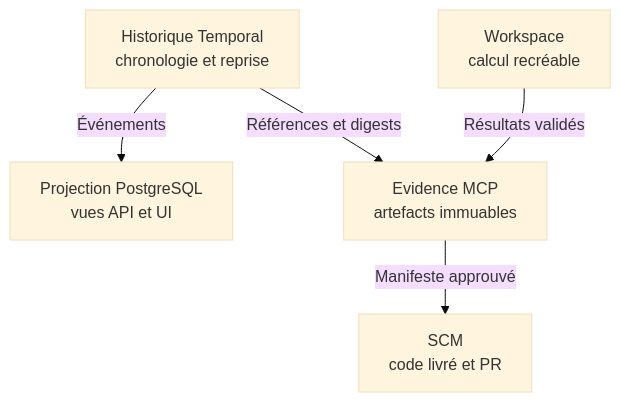
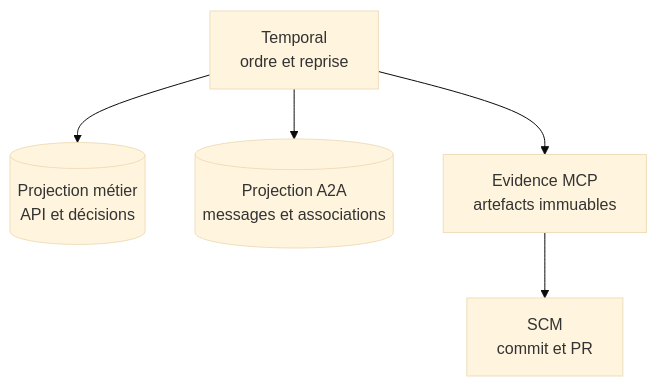
The fifth of 6 diagrams in docs/overview/architecture-overview.md (dbeaumont/ai-software-factory-local), drawn with Mermaid (base theme) before and after one commit. The commit also changed other lines of this file and 28 other files, not shown here.

````diff
--- a/docs/overview/architecture-overview.md
+++ b/docs/overview/architecture-overview.md
@@ -645,13 +149,7 @@
 ```mermaid
 flowchart TB
-  TEMP[Historique Temporal<br/>chronologie et reprise]
-  PG[Projection PostgreSQL<br/>vues API et UI]
-  EVD[Evidence MCP<br/>artefacts immuables]
-  WS[Workspace<br/>calcul recréable]
-  SCM[SCM<br/>code livré et PR]
-
-  TEMP -->|Événements| PG
-  TEMP -->|Références et digests| EVD
-  WS -->|Résultats validés| EVD
-  EVD -->|Manifeste approuvé| SCM
+  TEMP[Temporal<br/>ordre et reprise] --> PROJ[(Projection métier<br/>API et décisions)]
+  TEMP --> A2A[(Projection A2A<br/>messages et associations)]
+  TEMP --> EVD[Evidence MCP<br/>artefacts immuables]
+  EVD --> SCM[SCM<br/>commit et PR]
 ```
````
